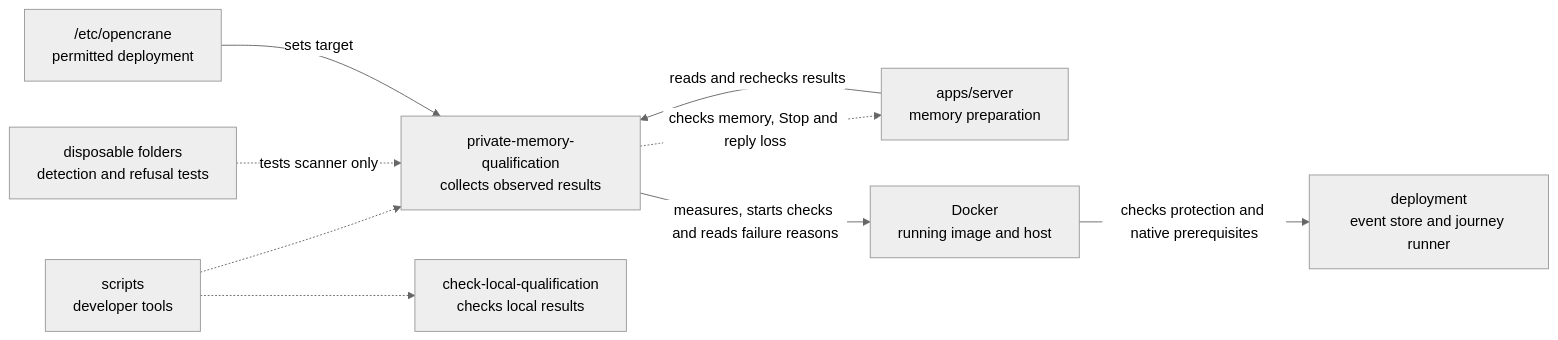
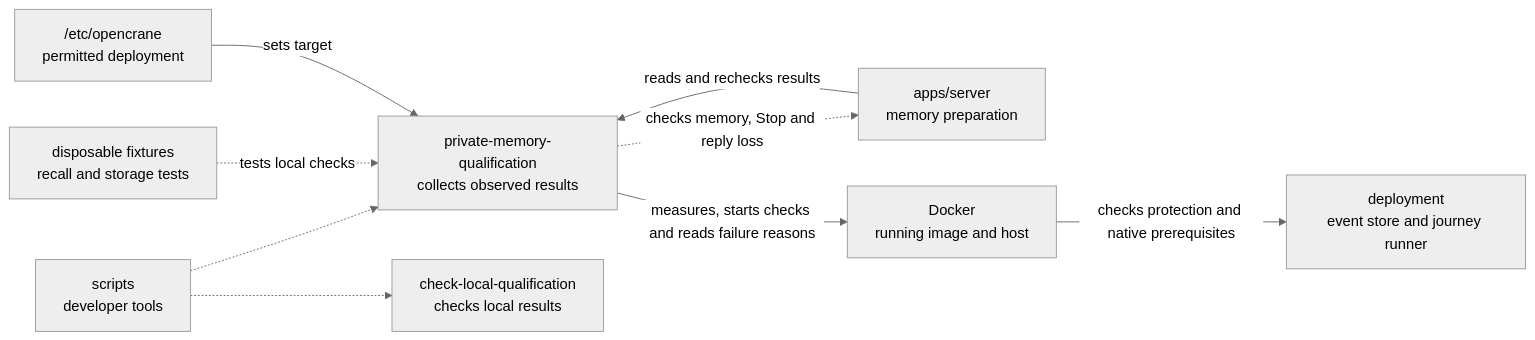
Before and after one commit to elewa-git/opencrane-new: the diagram in scripts/private-memory-qualification/README.md, drawn with Mermaid (neutral theme). The commit also changed other lines of this file and 3 other files, not shown here.

Commit message:
📝 Record local recall checks and remaining live work

````diff
--- a/scripts/private-memory-qualification/README.md
+++ b/scripts/private-memory-qualification/README.md
@@ -18,11 +18,11 @@
 ```mermaid
 flowchart LR
   scripts["scripts<br/>developer tools"] -.-> collector["private-memory-qualification<br/>collects observed results"]
-  fixtures["disposable folders<br/>detection and refusal tests"] -.->|tests scanner only| collector
+  fixtures["disposable fixtures<br/>recall and storage tests"] -.->|tests local checks| collector
   scripts -.-> sibling["check-local-qualification<br/>checks local results"]
   server["apps/server<br/>memory preparation"] -->|reads and rechecks results| collector
   collector -.->|checks memory, Stop and reply loss| server
   config["/etc/opencrane<br/>permitted deployment"] -->|sets target| collector
   collector -->|measures, starts checks and reads failure reasons| docker["Docker<br/>running image and host"]
   docker -->|checks protection and native prerequisites| deployment["deployment<br/>event store and journey runner"]
 ```
````
